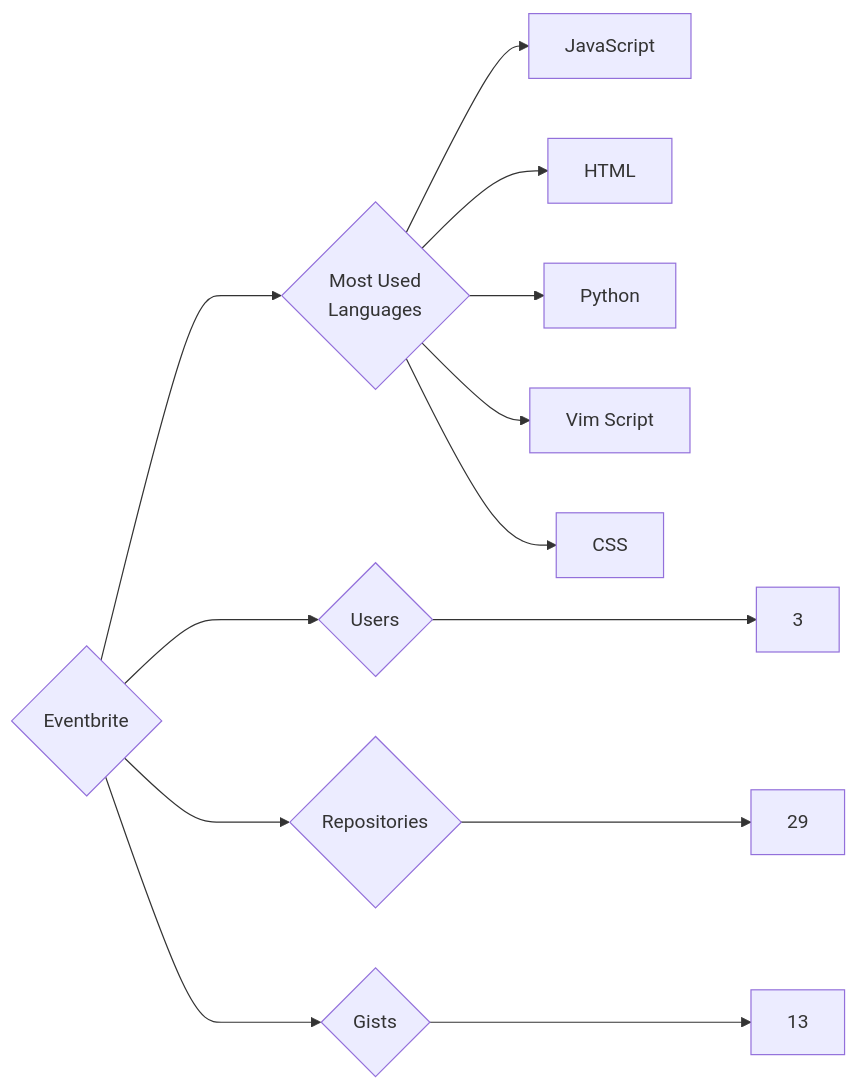
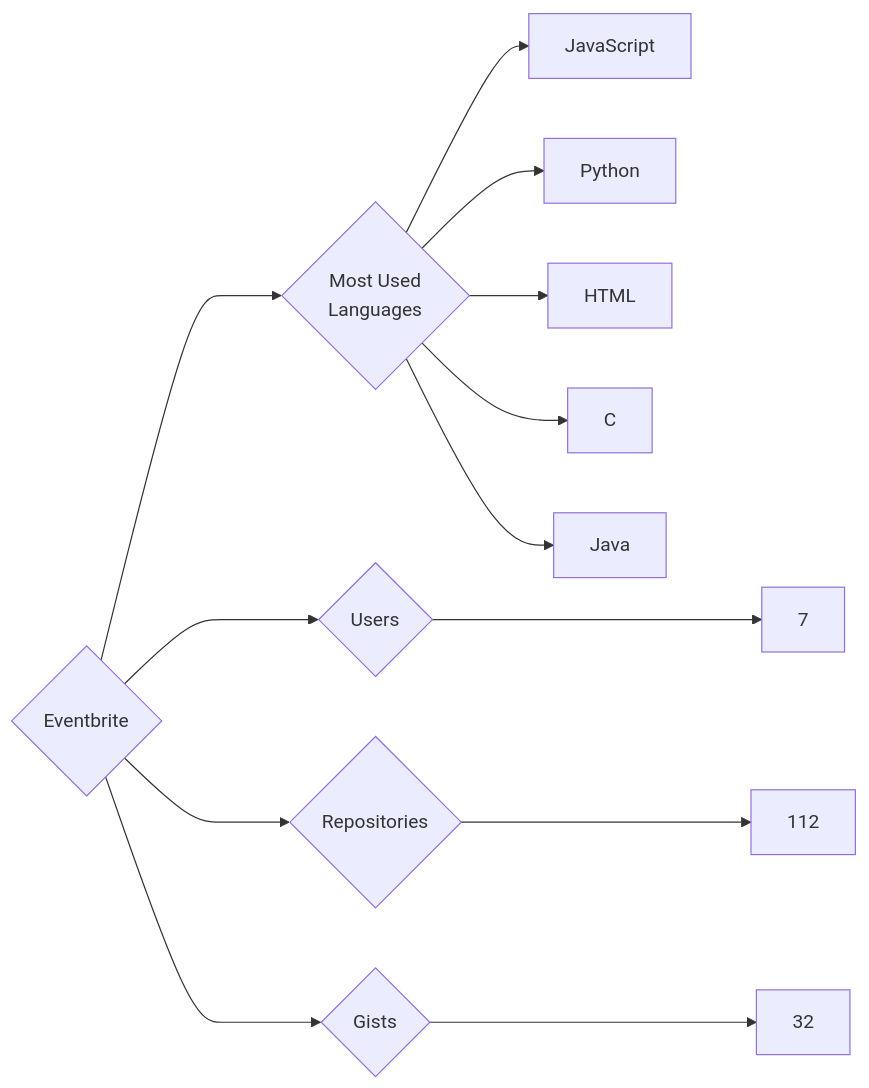
One commit to trickest/insiders changed the diagram in targets/Eventbrite/README.md. Above: the diagram before and after it, drawn with Mermaid. The commit also changed 998 other files, not shown here.

````diff
--- a/targets/Eventbrite/README.md
+++ b/targets/Eventbrite/README.md
@@ -3,13 +3,13 @@
 ```mermaid
 graph LR
 COMPANY_NAME{Eventbrite}
-COMPANY_NAME ---> U{Users} ---> UN[3]
-COMPANY_NAME ---> R{Repositories} ---> RN[29]
-COMPANY_NAME ---> G{Gists} ---> GN[13]
+COMPANY_NAME ---> U{Users} ---> UN[7]
+COMPANY_NAME ---> R{Repositories} ---> RN[112]
+COMPANY_NAME ---> G{Gists} ---> GN[32]
 COMPANY_NAME ---> ML{Most Used<br>Languages}
 ML --> JavaScript[JavaScript]
+ML --> Python[Python]
 ML --> HTML[HTML]
-ML --> Python[Python]
-ML --> Vim_Script[Vim Script]
-ML --> CSS[CSS]
+ML --> C[C]
+ML --> Java[Java]
 ```
````
